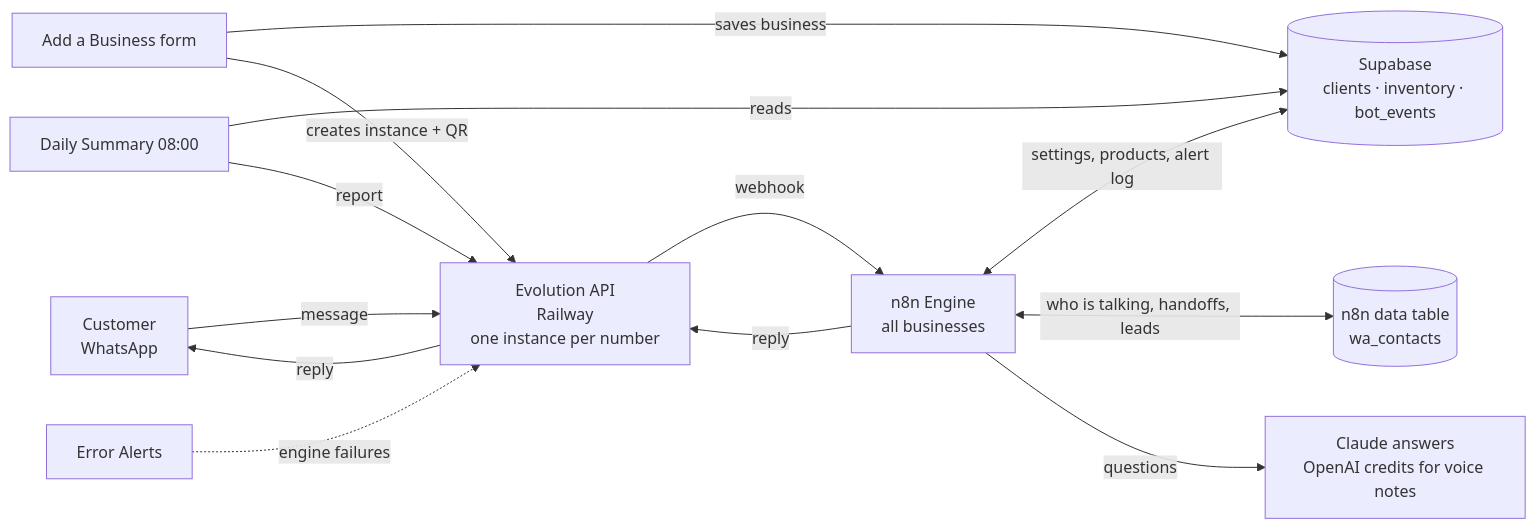
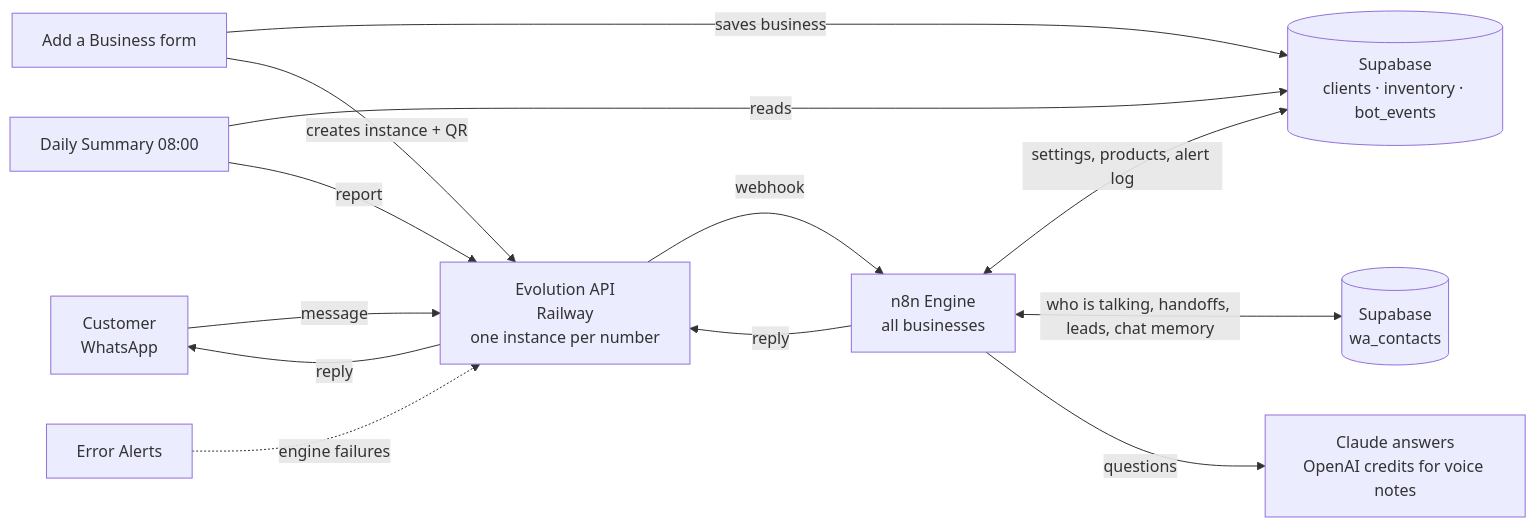
Before and after one commit to loveGlow1/V10: the diagram in n8n/whatsapp/MAP.md, drawn with Mermaid. The commit also changed other lines of this file and 5 other files, not shown here.

First line of the commit message:
Move WhatsApp contacts, chat memory and AI instructions to Supabase

````diff
--- a/n8n/whatsapp/MAP.md
+++ b/n8n/whatsapp/MAP.md
@@ -23,15 +23,15 @@
 ```mermaid
 flowchart LR
   C[Customer<br/>WhatsApp] -- message --> E[Evolution API<br/>Railway<br/>one instance per number]
   E -- webhook --> N[n8n Engine<br/>all businesses]
   N -- reply --> E
   E -- reply --> C
   N <-- settings, products, alert log --> S[(Supabase<br/>clients · inventory · bot_events)]
-  N <-- who is talking, handoffs, leads --> T[(n8n data table<br/>wa_contacts)]
+  N <-- who is talking, handoffs, leads, chat memory --> T[(Supabase<br/>wa_contacts)]
   N -- questions --> AI[Claude answers<br/>OpenAI credits for voice notes]
   F[Add a Business form] -- saves business --> S
   F -- creates instance + QR --> E
   D[Daily Summary 08:00] -- reads --> S
   D -- report --> E
   X[Error Alerts] -. engine failures .-> E
 ```
````
